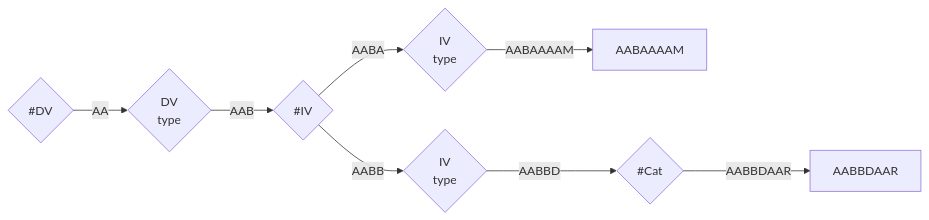
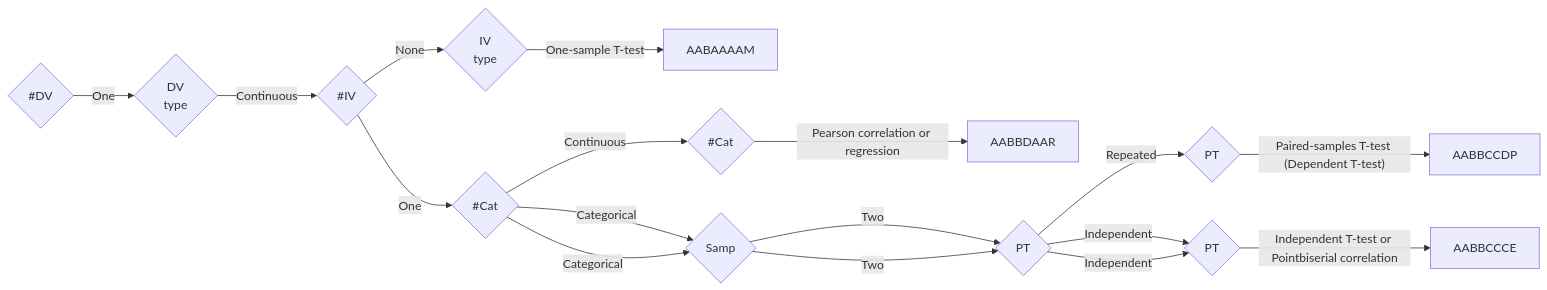
The diagram in outputPairedRbind.mmd (ShKlinkenberg/statistical-test-selection), drawn with Mermaid before and after one commit. The commit also changed 1 other file, not shown here.

```diff
--- a/outputPairedRbind.mmd
+++ b/outputPairedRbind.mmd
@@ -1,8 +1,17 @@
 flowchart LR
-  A{"#DV"} -->|"AA"| AA
-  AA{"DV<br>type"} -->|"AAB"| AAB
-  AAB{"#IV"} -->|"AABA"| AABA
-  AAB{"#IV"} -->|"AABB"| AABB
-  AABA{"IV<br>type"} -->|"AABAAAAM"| AABAAAAM
-  AABB{"IV<br>type"} -->|"AABBD"| AABBD
-  AABBD{"#Cat"} -->|"AABBDAAR"| AABBDAAR
+  A{"#DV"} -->|"One"| AA
+  AA{"DV<br>type"} -->|"Continuous"| AAB
+  AAB{"#IV"} -->|"None"| AABA
+  AAB{"#IV"} -->|"One"| AABB
+  AABA{"IV<br>type"} -->|"One-sample T-test"| AABAAAAM
+  AABB{"IV<br>type"} -->|"Continuous"| AABBD
+  AABB{"IV<br>type"} -->|"Categorical"| AABBC
+  AABB{"#Cat"} -->|"Categorical"| AABBC
+  AABBD{"#Cat"} -->|"Pearson correlation or regression"| AABBDAAR
+  AABBC{"#Cat"} -->|"Two"| AABBCC
+  AABBC{"Samp"} -->|"Two"| AABBCC
+  AABBCC{"Samp"} -->|"Repeated"| AABBCCD
+  AABBCC{"Samp"} -->|"Independent"| AABBCCC
+  AABBCC{"PT"} -->|"Independent"| AABBCCC
+  AABBCCD{"PT"} -->|"Paired-samples T-test (Dependent T-test)"| AABBCCDP
+  AABBCCC{"PT"} -->|"Independent T-test or Pointbiserial correlation"| AABBCCCE
```
